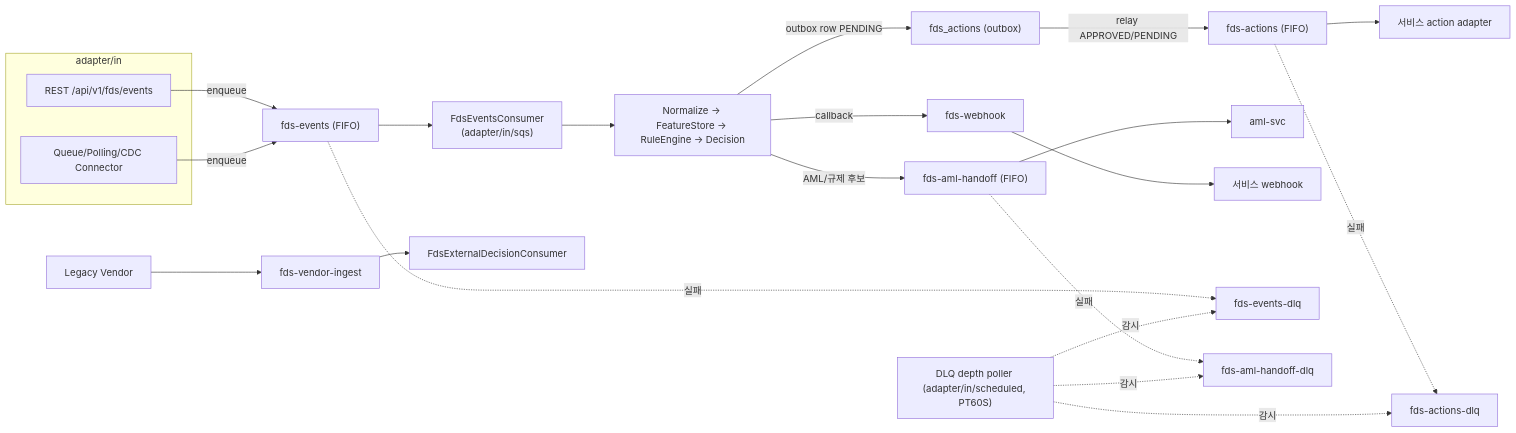
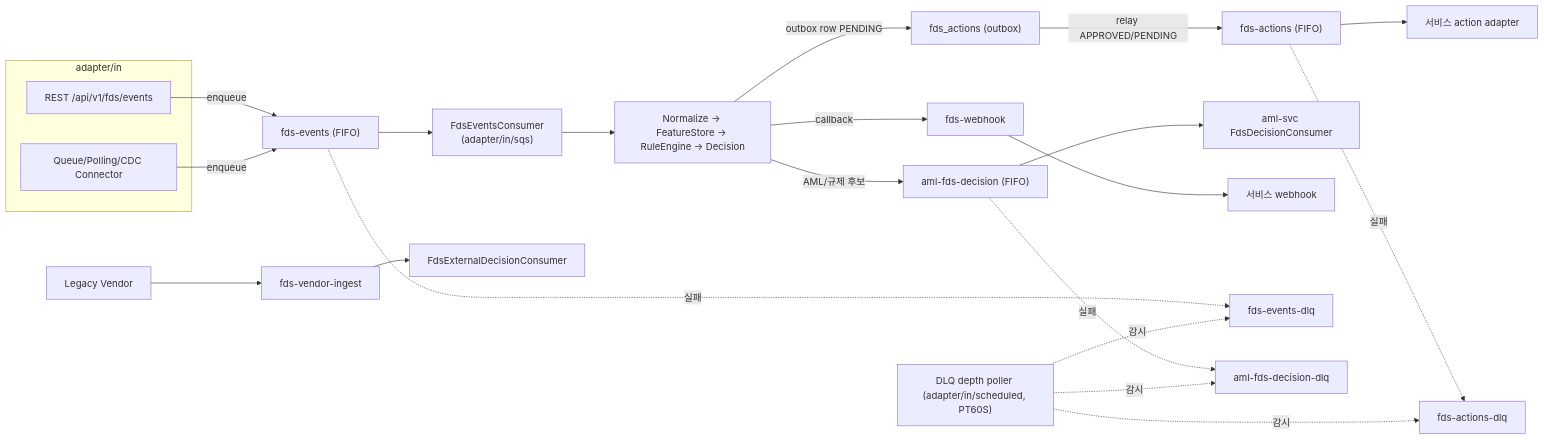
One commit to smkim89/aml-system-docs changed the first of 6 diagrams in docs/design/integration/01-fds-integration.md. Above: the diagram before and after it, drawn with Mermaid. The commit also changed other lines of this file, not shown here.

First line of the commit message:
docs(integration): FDS→AML 핸드오프 큐/봉투를 AML 정본으로 정합 (01-fds §4.4)

````diff
--- a/docs/design/integration/01-fds-integration.md
+++ b/docs/design/integration/01-fds-integration.md
@@ -54,24 +54,24 @@
 ```mermaid
 flowchart LR
     subgraph IN["adapter/in"]
         REST["REST /api/v1/fds/events"]
         CONN["Queue/Polling/CDC Connector"]
     end
     REST -->|enqueue| QEV["fds-events (FIFO)"]
     CONN -->|enqueue| QEV
     QEV --> CONS["FdsEventsConsumer\n(adapter/in/sqs)"]
     CONS --> CORE["Normalize → FeatureStore → RuleEngine → Decision"]
     CORE -->|outbox row PENDING| OUT["fds_actions (outbox)"]
     OUT -->|relay APPROVED/PENDING| QACT["fds-actions (FIFO)"]
     QACT --> EXT["서비스 action adapter"]
-    CORE -->|AML/규제 후보| QAML["fds-aml-handoff (FIFO)"]
-    QAML --> AML["aml-svc"]
+    CORE -->|AML/규제 후보| QAML["aml-fds-decision (FIFO)"]
+    QAML --> AML["aml-svc FdsDecisionConsumer"]
     CORE -->|callback| QWH["fds-webhook"]
     QWH --> CB["서비스 webhook"]
     VEND["Legacy Vendor"] --> QVEN["fds-vendor-ingest"]
     QVEN --> VC["FdsExternalDecisionConsumer"]
     QEV -.실패.-> DLQ1["fds-events-dlq"]
     QACT -.실패.-> DLQ2["fds-actions-dlq"]
-    QAML -.실패.-> DLQ3["fds-aml-handoff-dlq"]
+    QAML -.실패.-> DLQ3["aml-fds-decision-dlq"]
     POLL["DLQ depth poller (adapter/in/scheduled, PT60S)"] -.감시.-> DLQ1 & DLQ2 & DLQ3
 ```
````
